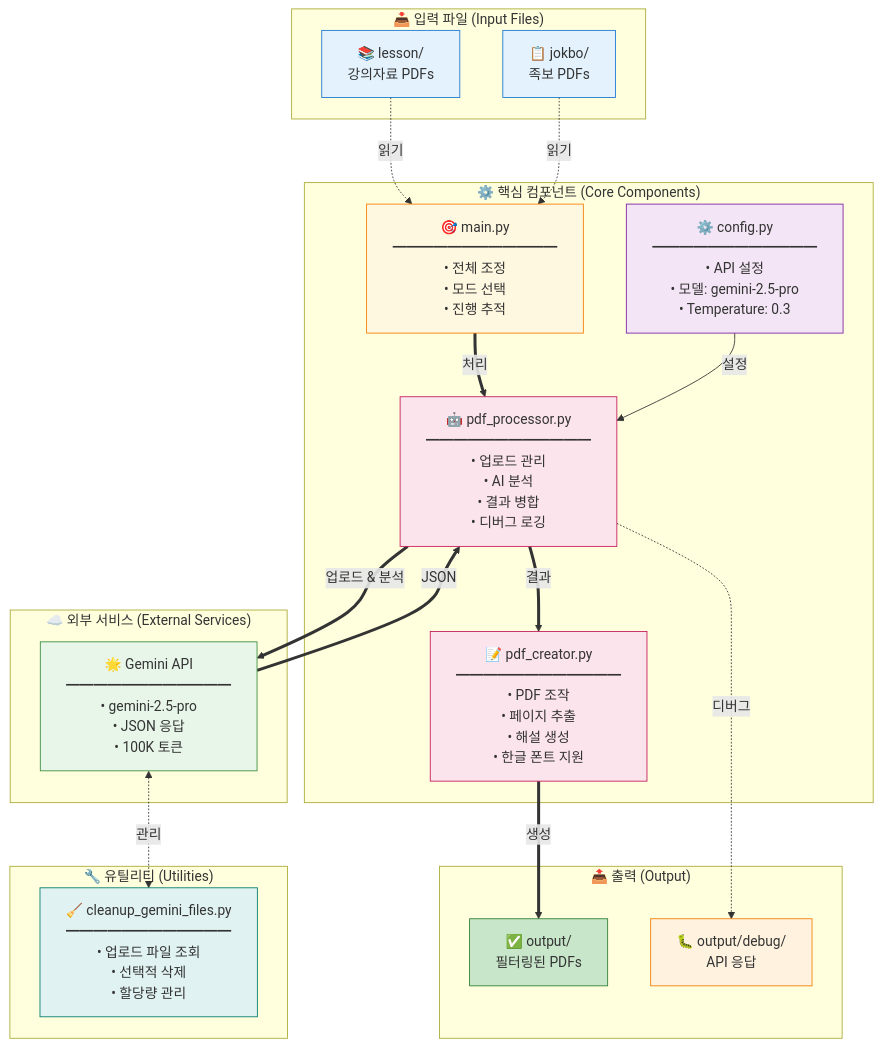
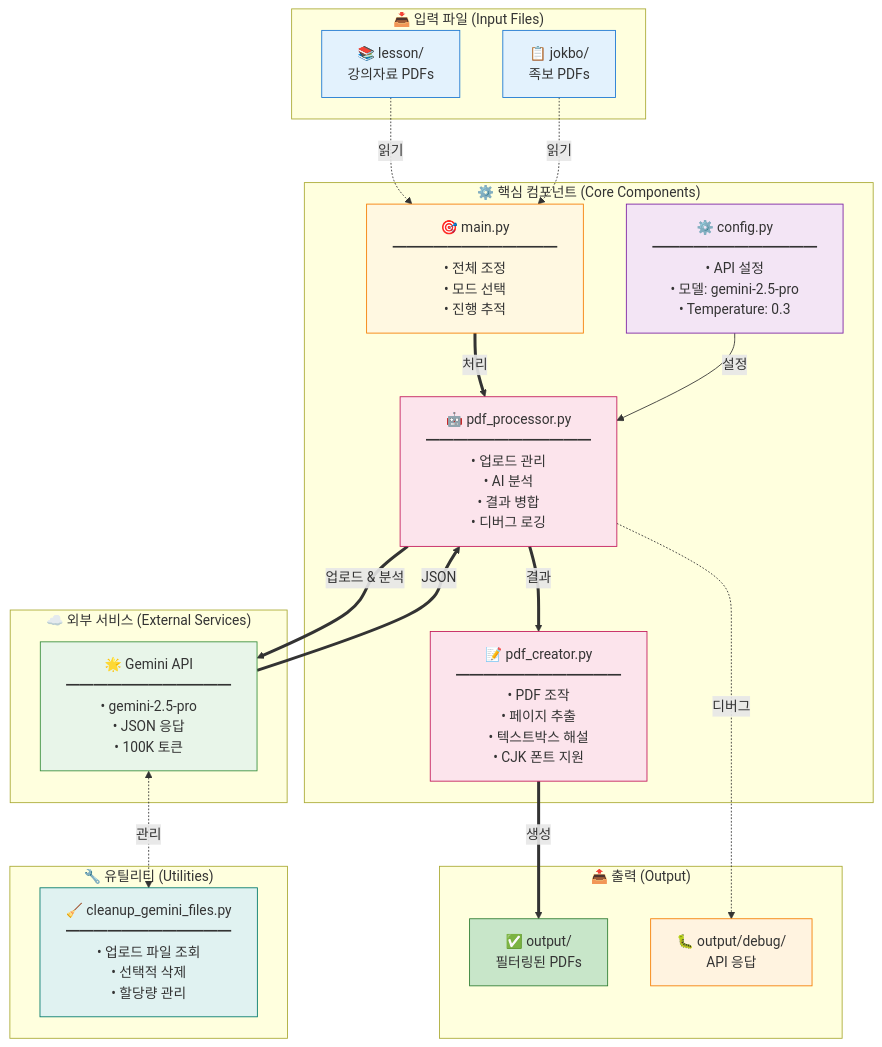
Before and after one commit to ksw6895/jokbodude: the third of 4 diagrams in architecture.md, drawn with Mermaid. The commit also changed other lines of this file and 4 other files, not shown here.

````diff
--- a/architecture.md
+++ b/architecture.md
@@ -112,49 +112,49 @@
 ```mermaid
 graph TB
     subgraph "📥 입력 파일 (Input Files)"
         A1["📚 lesson/<br/>강의자료 PDFs"]
         A2["📋 jokbo/<br/>족보 PDFs"]
     end
     
     subgraph "⚙️ 핵심 컴포넌트 (Core Components)"
         B1["🎯 main.py<br/>━━━━━━━━━━━━<br/>• 전체 조정<br/>• 모드 선택<br/>• 진행 추적"]
         B2["⚙️ config.py<br/>━━━━━━━━━━━━<br/>• API 설정<br/>• 모델: gemini-2.5-pro<br/>• Temperature: 0.3"]
         B3["🤖 pdf_processor.py<br/>━━━━━━━━━━━━<br/>• 업로드 관리<br/>• AI 분석<br/>• 결과 병합<br/>• 디버그 로깅"]
-        B4["📝 pdf_creator.py<br/>━━━━━━━━━━━━<br/>• PDF 조작<br/>• 페이지 추출<br/>• 해설 생성<br/>• 한글 폰트 지원"]
+        B4["📝 pdf_creator.py<br/>━━━━━━━━━━━━<br/>• PDF 조작<br/>• 페이지 추출<br/>• 텍스트박스 해설<br/>• CJK 폰트 지원"]
     end
     
     subgraph "☁️ 외부 서비스 (External Services)"
         C1["🌟 Gemini API<br/>━━━━━━━━━━━━<br/>• gemini-2.5-pro<br/>• JSON 응답<br/>• 100K 토큰"]
     end
     
     subgraph "📤 출력 (Output)"
         D1["✅ output/<br/>필터링된 PDFs"]
         D2["🐛 output/debug/<br/>API 응답"]
     end
     
     subgraph "🔧 유틸리티 (Utilities)"
         E1["🧹 cleanup_gemini_files.py<br/>━━━━━━━━━━━━<br/>• 업로드 파일 조회<br/>• 선택적 삭제<br/>• 할당량 관리"]
     end
     
     A1 -.->|읽기| B1
     A2 -.->|읽기| B1
     B1 ==>|처리| B3
     B2 -->|설정| B3
     B3 ==>|업로드 & 분석| C1
     C1 ==>|JSON| B3
     B3 ==>|결과| B4
     B3 -.->|디버그| D2
     B4 ==>|생성| D1
     C1 <-.->|관리| E1
     
     style A1 fill:#e3f2fd,stroke:#1976d2
     style A2 fill:#e3f2fd,stroke:#1976d2
     style B1 fill:#fff8e1,stroke:#f57c00
     style B2 fill:#f3e5f5,stroke:#7b1fa2
     style B3 fill:#fce4ec,stroke:#c2185b
     style B4 fill:#fce4ec,stroke:#c2185b
     style C1 fill:#e8f5e9,stroke:#388e3c
     style D1 fill:#c8e6c9,stroke:#2e7d32
     style D2 fill:#fff3e0,stroke:#f57c00
     style E1 fill:#e0f2f1,stroke:#00796b
 ```
````
